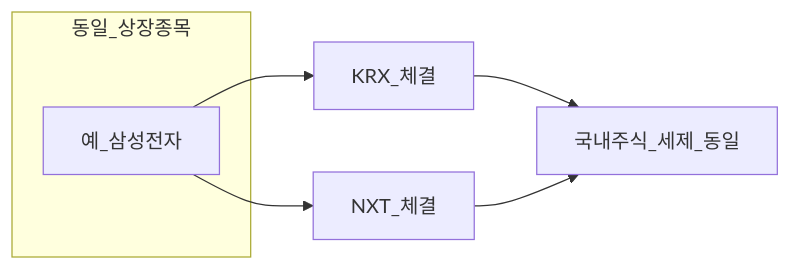
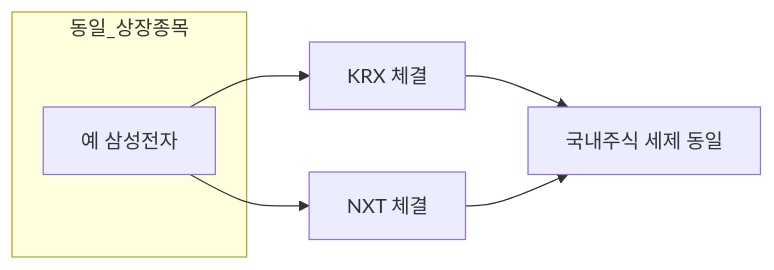
One commit to goldanghenry/Finances changed the second of 2 diagrams in 03-markets/korea-ats-nextrade.md. Above: the diagram before and after it, drawn with Mermaid. The commit also changed other lines of this file and 211 other files, not shown here.

````diff
--- a/03-markets/korea-ats-nextrade.md
+++ b/03-markets/korea-ats-nextrade.md
@@ -115,10 +120,10 @@
 ```mermaid
 flowchart LR
   subgraph same [동일_상장종목]
-    Ticker[예_삼성전자]
+    Ticker["예 삼성전자"]
   end
-  Ticker --> KRX2[KRX_체결]
-  Ticker --> NXT2[NXT_체결]
-  KRX2 --> Tax[국내주식_세제_동일]
+  Ticker --> KRX2["KRX 체결"]
+  Ticker --> NXT2["NXT 체결"]
+  KRX2 --> Tax["국내주식 세제 동일"]
   NXT2 --> Tax
 ```
````
